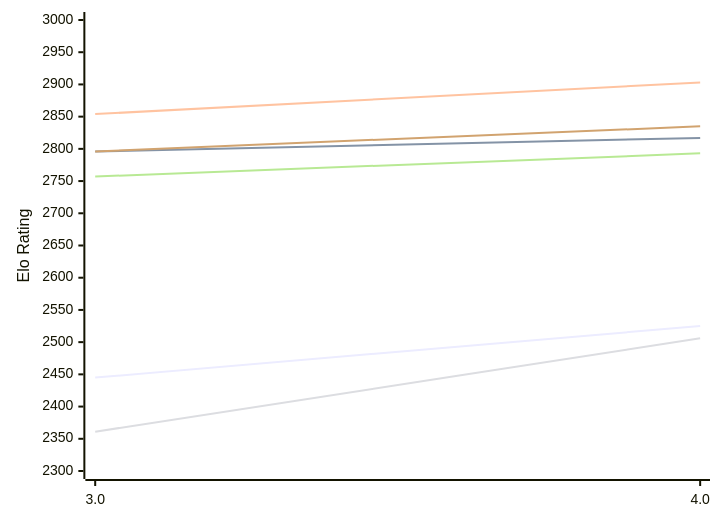
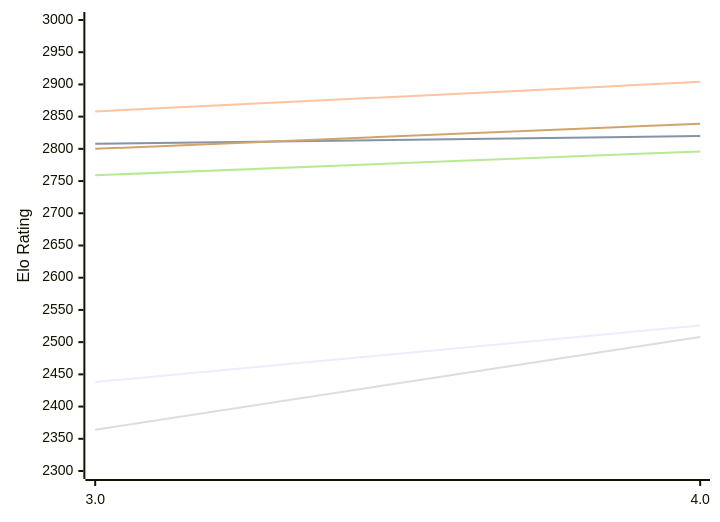
Before and after one commit to computer-chess-index/cci: the first of 2 diagrams in engines/Chess3.md, drawn with Mermaid. The commit also changed other lines of this file, not shown here.

Commit message:
Update CCI Ratings (ELO VLTC) - 2026-11-24

````diff
--- a/engines/Chess3.md
+++ b/engines/Chess3.md
@@ -50,12 +50,12 @@
 ```mermaid
 %%{init: {"theme":"base","themeVariables":{"seriesColors:['#a3a3a3','#222221','#faa371']}}}%%
 xychart-beta
   x-axis ["3.0", "4.0"]
   y-axis "Elo Rating" 2300 --> 3000
-  line "E1: STC (8.0+0.08s)" [2445, 2525]
-  line "E1: LTC (60.0+0.60s)" [2796, 2817]
-  line "E1: VLTC (2m24s+1.12s)" [2854, 2903]
-  line "P1: STC (8.0+0.08s)" [2361, 2506]
-  line "P1: LTC (60.0+0.60s)" [2757, 2793]
-  line "P1: VLTC (2m24s+1.12s)" [2796, 2835]
+  line "E1: STC (8.0+0.08s)" [2438, 2526]
+  line "E1: LTC (60.0+0.60s)" [2808, 2820]
+  line "E1: VLTC (2m24s+1.12s)" [2858, 2904]
+  line "P1: STC (8.0+0.08s)" [2364, 2508]
+  line "P1: LTC (60.0+0.60s)" [2759, 2796]
+  line "P1: VLTC (2m24s+1.12s)" [2800, 2839]
 ```
````
